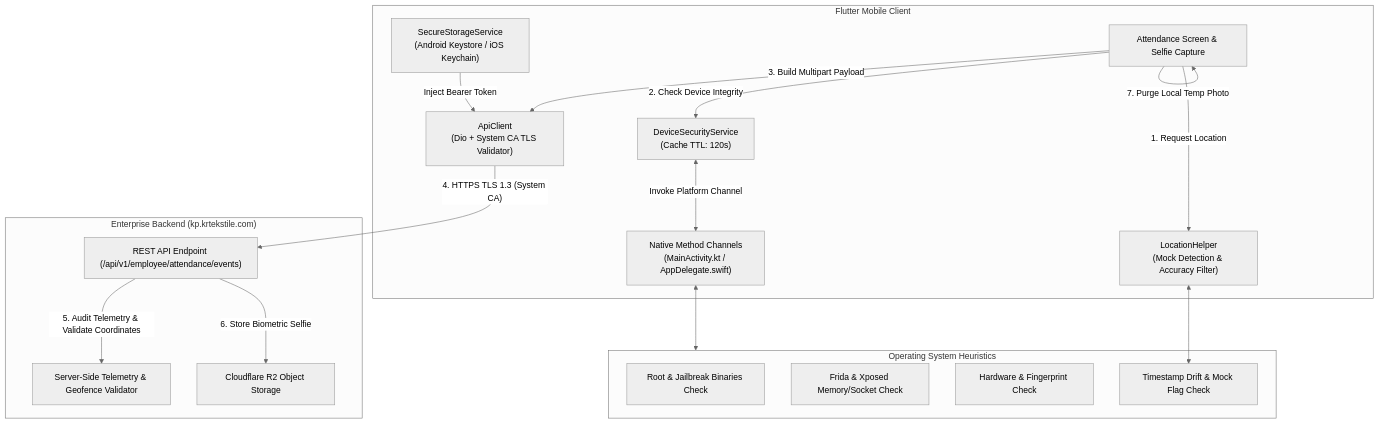
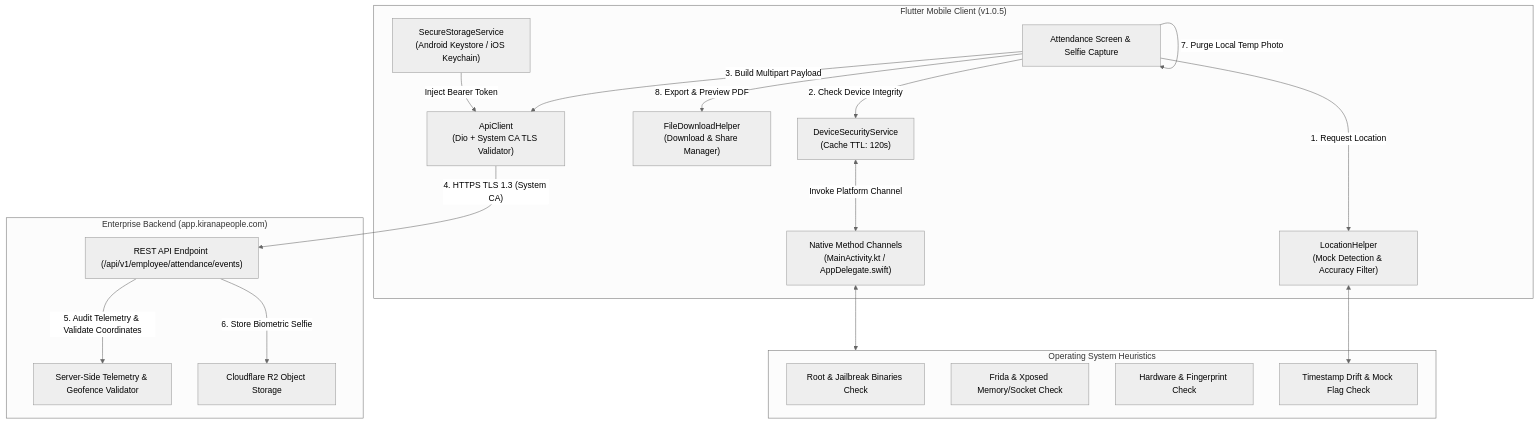
The diagram in SECURITY_AUDIT.md (anywindo/KiranaPeople-Flutter), drawn with Mermaid (neutral theme) before and after one commit. The commit also changed other lines of this file and 2 other files, not shown here.

Commit message:
fix(security): resolve SEC-12 (path traversal and filename injection in FileDownloadHelper)

````diff
--- a/SECURITY_AUDIT.md
+++ b/SECURITY_AUDIT.md
@@ -207,38 +277,40 @@
 ```mermaid
 flowchart TD
-    subgraph Client ["Flutter Mobile Client"]
+    subgraph Client ["Flutter Mobile Client (v1.0.5)"]
         UI["Attendance Screen & Selfie Capture"]
         DSS["DeviceSecurityService<br/>(Cache TTL: 120s)"]
         LH["LocationHelper<br/>(Mock Detection & Accuracy Filter)"]
+        FDH["FileDownloadHelper<br/>(Download & Share Manager)"]
         NC["Native Method Channels<br/>(MainActivity.kt / AppDelegate.swift)"]
         SS["SecureStorageService<br/>(Android Keystore / iOS Keychain)"]
         AC["ApiClient<br/>(Dio + System CA TLS Validator)"]
     end
 
     subgraph NativeOS ["Operating System Heuristics"]
         RootDetect["Root & Jailbreak Binaries Check"]
         HookDetect["Frida & Xposed Memory/Socket Check"]
         EmuDetect["Hardware & Fingerprint Check"]
         ClockCheck["Timestamp Drift & Mock Flag Check"]
     end
 
-    subgraph BackendCloud ["Enterprise Backend (kp.krtekstile.com)"]
+    subgraph BackendCloud ["Enterprise Backend (app.kiranapeople.com)"]
         API["REST API Endpoint (/api/v1/employee/attendance/events)"]
         Audit["Server-Side Telemetry & Geofence Validator"]
         R2["Cloudflare R2 Object Storage"]
     end
 
     UI -->|"1. Request Location"| LH
     UI -->|"2. Check Device Integrity"| DSS
     DSS <-->|"Invoke Platform Channel"| NC
     NC <--> NativeOS
     LH <--> ClockCheck
     
     UI -->|"3. Build Multipart Payload"| AC
     SS -->|"Inject Bearer Token"| AC
     AC -->|"4. HTTPS TLS 1.3 (System CA)"| API
     API -->|"5. Audit Telemetry & Validate Coordinates"| Audit
     API -->|"6. Store Biometric Selfie"| R2
     
     UI -->|"7. Purge Local Temp Photo"| UI
+    UI -->|"8. Export & Preview PDF"| FDH
 ```
````
